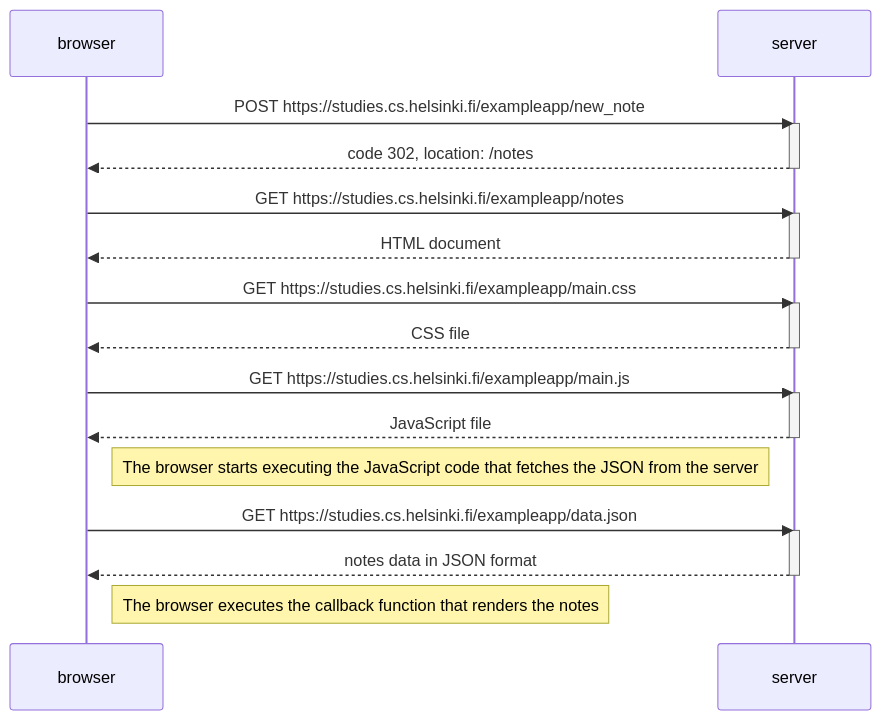
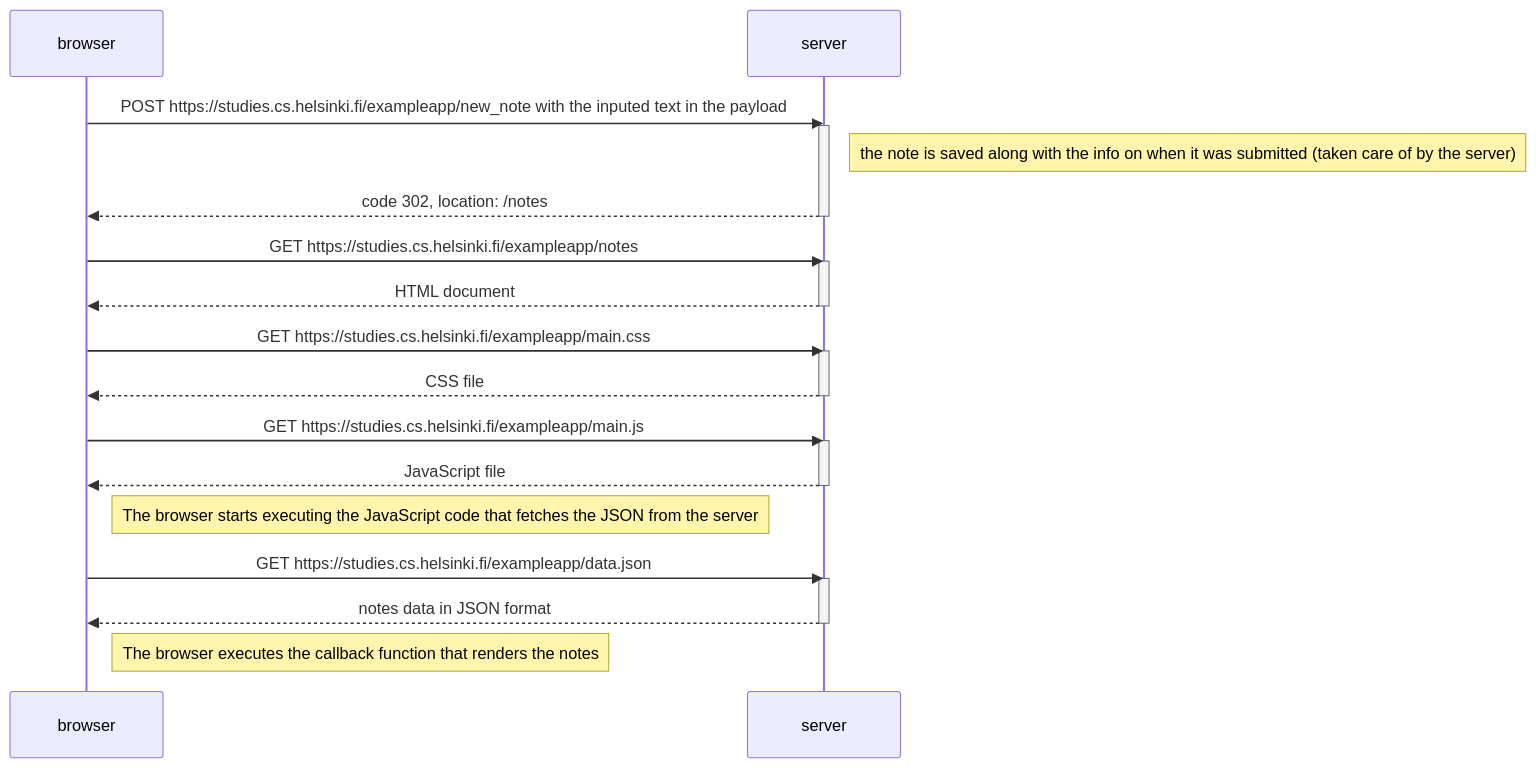
Before and after one commit to Mateov000/FullStackOpen: the diagram in part0/0.4.md, drawn with Mermaid.

````diff
--- a/part0/0.4.md
+++ b/part0/0.4.md
@@ -1,34 +1,35 @@
 ```mermaid
 sequenceDiagram
     participant browser
     participant server
 
-    browser->>server: POST https://studies.cs.helsinki.fi/exampleapp/new_note
+    browser->>server: POST https://studies.cs.helsinki.fi/exampleapp/new_note with the inputed text in the payload
     activate server
+    Note right of server: the note is saved along with the info on when it was submitted (taken care of by the server)
     server-->>browser: code 302, location: /notes
     deactivate server
 
     browser->>server: GET https://studies.cs.helsinki.fi/exampleapp/notes
     activate server
     server-->>browser: HTML document
     deactivate server
 
     browser->>server: GET https://studies.cs.helsinki.fi/exampleapp/main.css
     activate server
     server-->>browser: CSS file
     deactivate server
     
     browser->>server: GET https://studies.cs.helsinki.fi/exampleapp/main.js
     activate server
     server-->>browser: JavaScript file
     deactivate server
 
     Note right of browser: The browser starts executing the JavaScript code that fetches the JSON from the server
 
     browser->>server: GET https://studies.cs.helsinki.fi/exampleapp/data.json
     activate server
     server-->>browser: notes data in JSON format
     deactivate server
     
     Note right of browser: The browser executes the callback function that renders the notes
 ```
````
